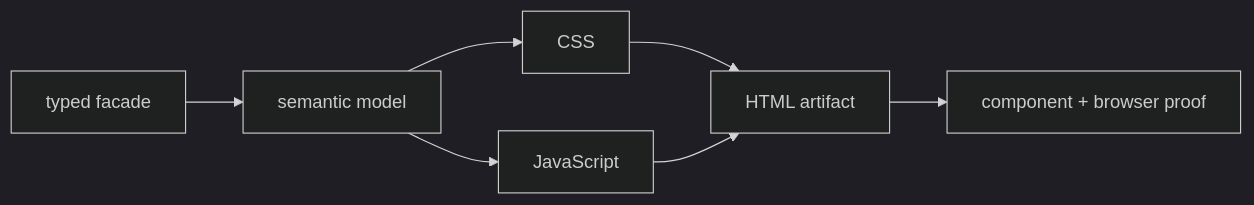
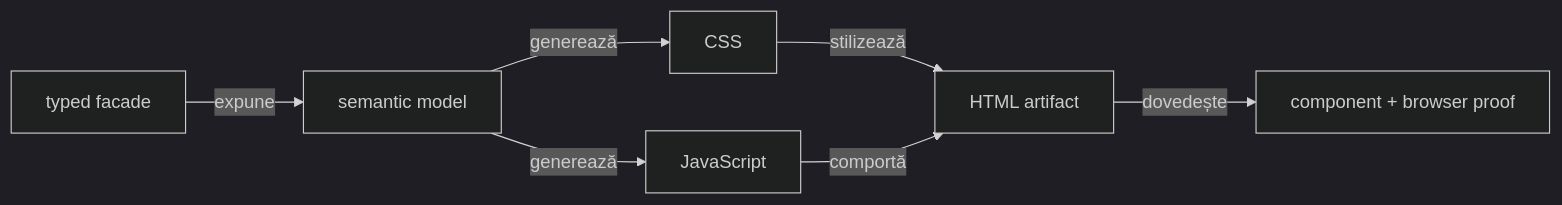
One commit to crististefanita/demo2 changed the second of 2 diagrams in docs/README_Atf_CodeBestPractices.md. Above: the diagram before and after it, drawn with Mermaid (dark theme). The commit also changed other lines of this file and 52 other files, not shown here.

````diff
--- a/docs/README_Atf_CodeBestPractices.md
+++ b/docs/README_Atf_CodeBestPractices.md
@@ -136,9 +136,9 @@
 ```mermaid
 flowchart LR
-    JavaFacade[typed facade] --> Semantic[semantic model]
-    Semantic --> Css[CSS]
-    Semantic --> Js[JavaScript]
-    Css --> Html[HTML artifact]
-    Js --> Html
-    Html --> Contract[component + browser proof]
+    JavaFacade[typed facade] -->|expune| Semantic[semantic model]
+    Semantic -->|generează| Css[CSS]
+    Semantic -->|generează| Js[JavaScript]
+    Css -->|stilizează| Html[HTML artifact]
+    Js -->|comportă| Html
+    Html -->|dovedește| Contract[component + browser proof]
 ```
````
